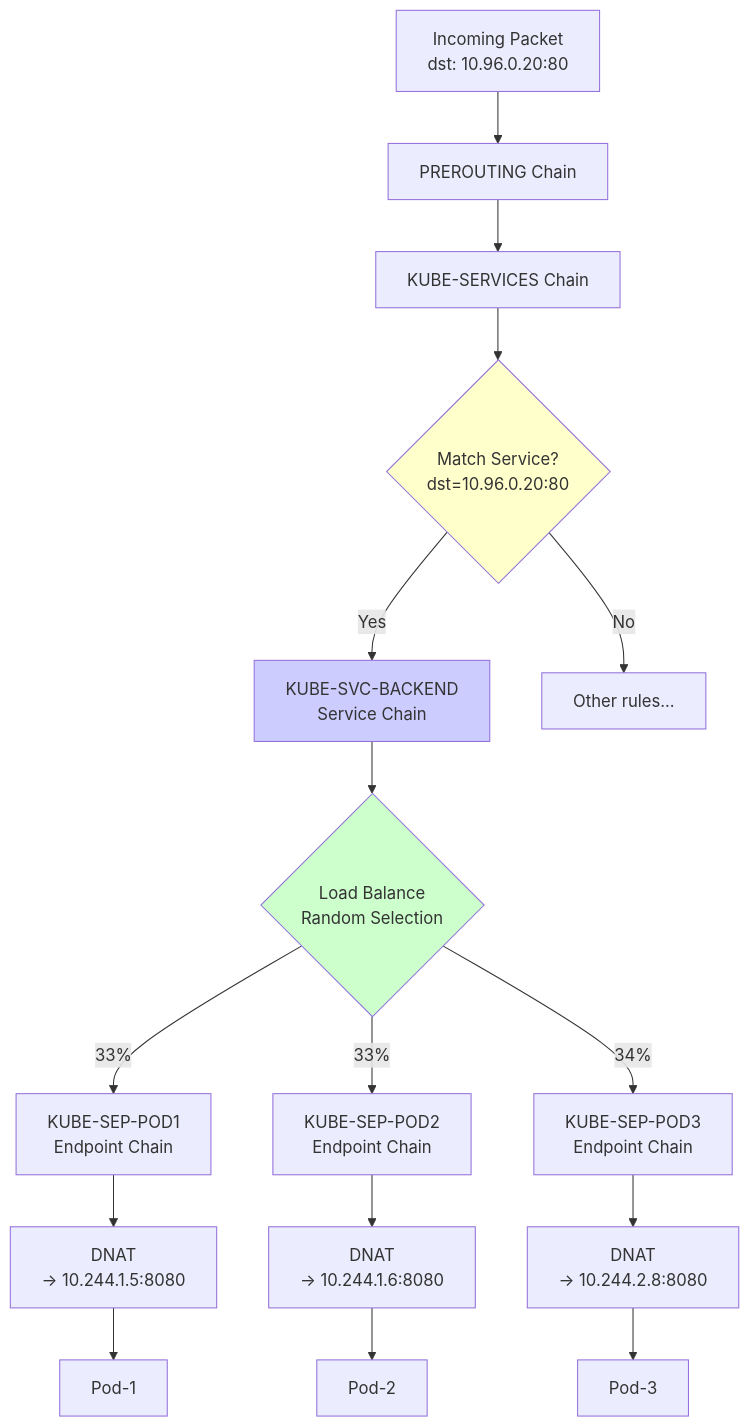
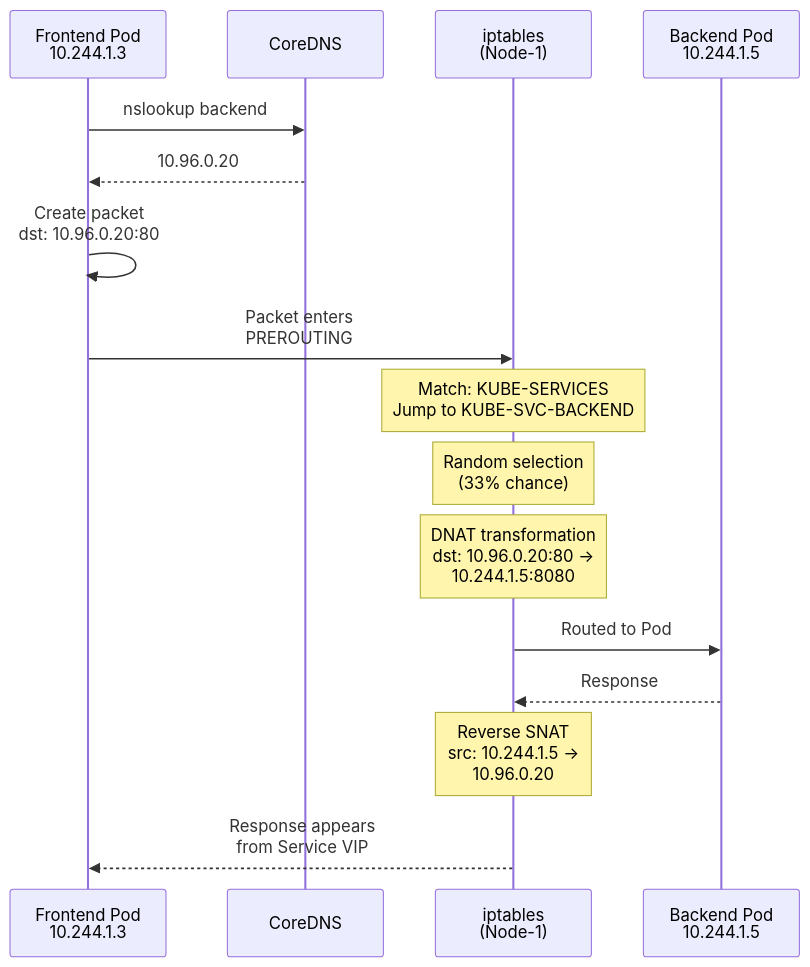
One commit to Anmol33/SystemDesign changed the eighth of 10 diagrams in k8s/02_Kubernetes_Services_Networking.md. Above: the diagram before and after it, drawn with Mermaid. The commit also changed other lines of this file and 1 other file, not shown here.

First line of the commit message:
MAJOR REORGANIZATION: Transform Service networking into professional Medium-style post

````diff
--- a/k8s/02_Kubernetes_Services_Networking.md
+++ b/k8s/02_Kubernetes_Services_Networking.md
@@ -1190,29 +874,28 @@
 ```mermaid
-graph TB
-    Packet[Incoming Packet<br/>dst: 10.96.0.20:80]
+sequenceDiagram
+    participant Client as Frontend Pod<br/>10.244.1.3
+    participant DNS as CoreDNS
+    participant IPT as iptables<br/>(Node-1)
+    participant Pod as Backend Pod<br/>10.244.1.5
+
+    Client->>DNS: nslookup backend
+    DNS-->>Client: 10.96.0.20
+
+    Client->>Client: Create packet<br/>dst: 10.96.0.20:80
     
-    Packet --> PREROOT[PREROUTING Chain]
-    PREROOT --> KUBESVC[KUBE-SERVICES Chain]
+    Client->>IPT: Packet enters<br/>PREROUTING
     
-    KUBESVC --> Match{Match Service?<br/>dst=10.96.0.20:80}
-    Match -->|Yes| SVC[KUBE-SVC-BACKEND<br/>Service Chain]
-    Match -->|No| Other[Other rules...]
+    Note over IPT: Match: KUBE-SERVICES<br/>Jump to KUBE-SVC-BACKEND
     
-    SVC --> LB{Load Balance<br/>Random Selection}
+    Note over IPT: Random selection<br/>(33% chance)
     
-    LB -->|33%| SEP1[KUBE-SEP-POD1<br/>Endpoint Chain]
-    LB -->|33%| SEP2[KUBE-SEP-POD2<br/>Endpoint Chain]
-    LB -->|34%| SEP3[KUBE-SEP-POD3<br/>Endpoint Chain]
+    Note over IPT: DNAT transformation<br/>dst: 10.96.0.20:80 →<br/>10.244.1.5:8080
     
-    SEP1 --> DNAT1[DNAT<br/>→ 10.244.1.5:8080]
-    SEP2 --> DNAT2[DNAT<br/>→ 10.244.1.6:8080]
-    SEP3 --> DNAT3[DNAT<br/>→ 10.244.2.8:8080]
+    IPT->>Pod: Routed to Pod
     
-    DNAT1 --> POD1[Pod-1]
-    DNAT2 --> POD2[Pod-2]
-    DNAT3 --> POD3[Pod-3]
+    Pod-->>IPT: Response
     
-    style Match fill:#ffffcc
-    style LB fill:#ccffcc
-    style SVC fill:#ccccff
+    Note over IPT: Reverse SNAT<br/>src: 10.244.1.5 →<br/>10.96.0.20
+    
+    IPT-->>Client: Response appears<br/>from Service VIP
 ```
````
